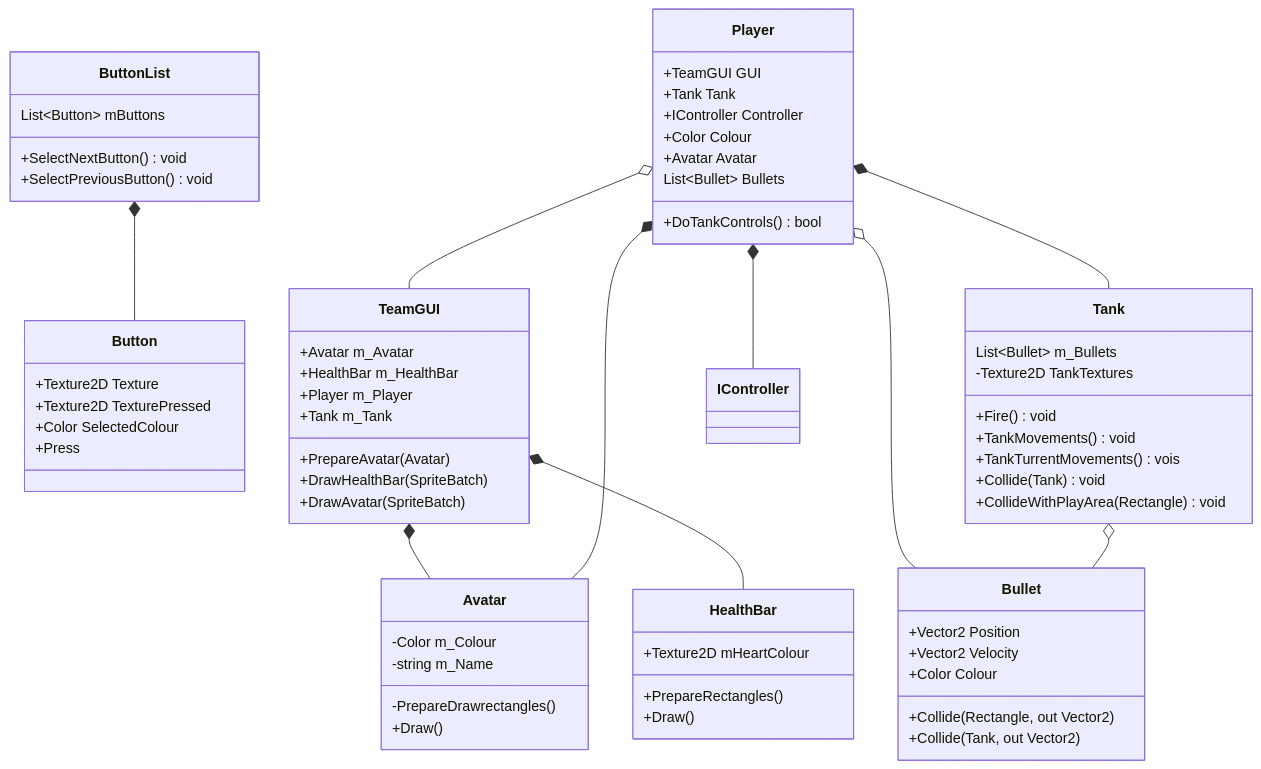
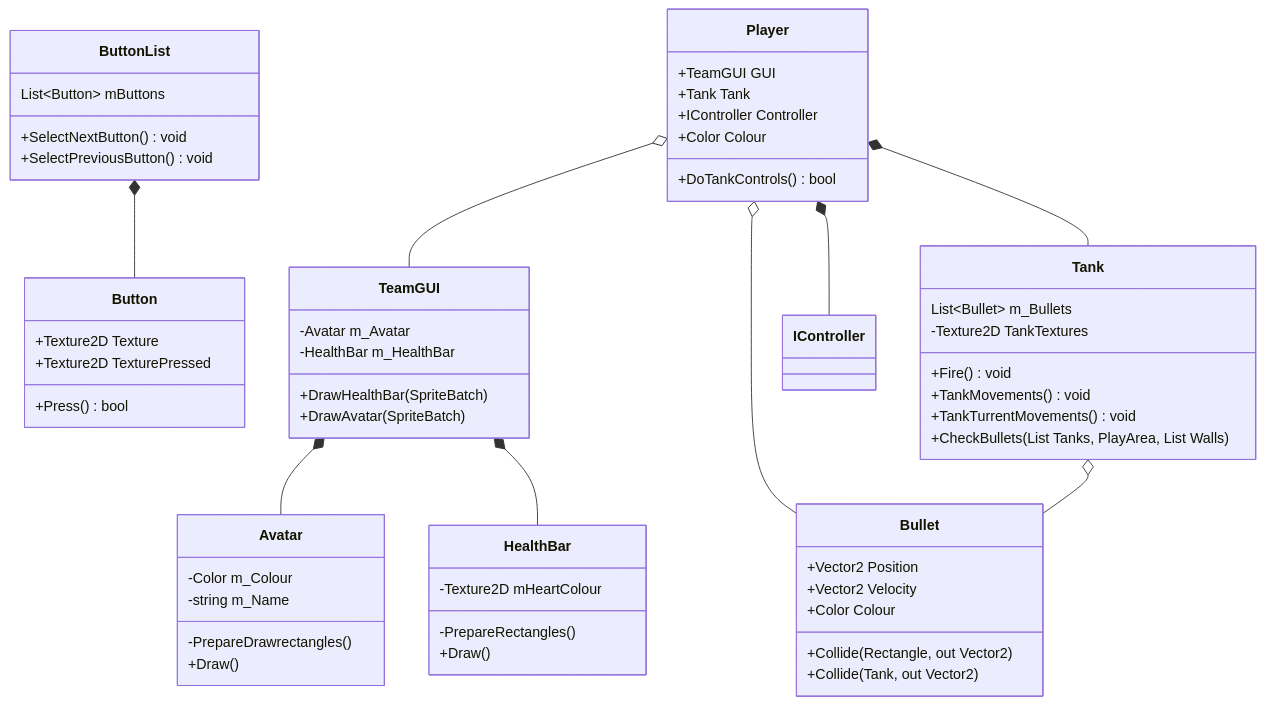
The second of 2 diagrams in README.md (Spoingus/TroublesomeTanks_CDP), drawn with Mermaid before and after one commit. The commit also changed other lines of this file, not shown here.

````diff
--- a/README.md
+++ b/README.md
@@ -114,70 +120,62 @@
 ```mermaid
 classDiagram
     ButtonList *-- Button
     class ButtonList{
         List~Button~ mButtons
         +SelectNextButton() void
         +SelectPreviousButton() void
     }
     class Button{
         +Texture2D Texture
         +Texture2D TexturePressed
-        +Color SelectedColour
-        +Press
+        +Press() bool
     }
 
     TeamGUI *-- Avatar
     TeamGUI *-- HealthBar
     class TeamGUI{
-        +Avatar m_Avatar
-        +HealthBar m_HealthBar
-        +Player m_Player
-        +Tank m_Tank
-        +PrepareAvatar(Avatar)
+        -Avatar m_Avatar
+        -HealthBar m_HealthBar
         +DrawHealthBar(SpriteBatch)
         +DrawAvatar(SpriteBatch)
     }
     class Avatar{
         -Color m_Colour
         -string m_Name
         -PrepareDrawrectangles()
         +Draw()
     }
     class HealthBar{
-        +Texture2D mHeartColour
-        +PrepareRectangles()
+        -Texture2D mHeartColour
+        -PrepareRectangles()
         +Draw()
     }
     Player o-- TeamGUI
     Player *-- Tank
-    Player *-- Avatar
     Player *-- IController
     Player o-- Bullet
     class Player{
         +TeamGUI GUI
         +Tank Tank
         +IController Controller
         +Color Colour
-        +Avatar Avatar
-        List~Bullet~ Bullets
         +DoTankControls() bool
     }
     Tank o-- Bullet
     class Tank{
         List~Bullet~ m_Bullets
         -Texture2D TankTextures
         +Fire() void
         +TankMovements() void
-        +TankTurrentMovements() vois
-        +Collide(Tank) void
-        +CollideWithPlayArea(Rectangle) void
+        +TankTurrentMovements() void
+        +CheckBullets(List<Tank> Tanks, PlayArea, List<Rectangle> Walls)
     }
     class Bullet{
         +Vector2 Position
         +Vector2 Velocity
         +Color Colour
         +Collide(Rectangle, out Vector2)
         +Collide(Tank, out Vector2)
     }
    
 ```
````
